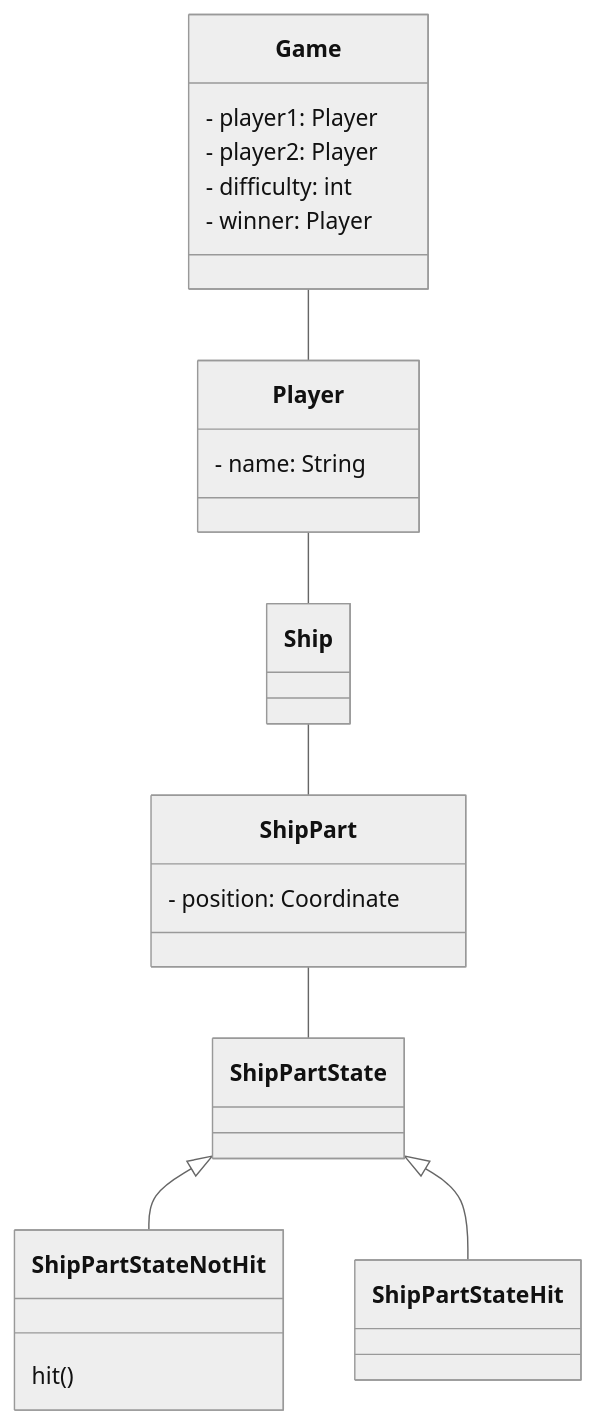
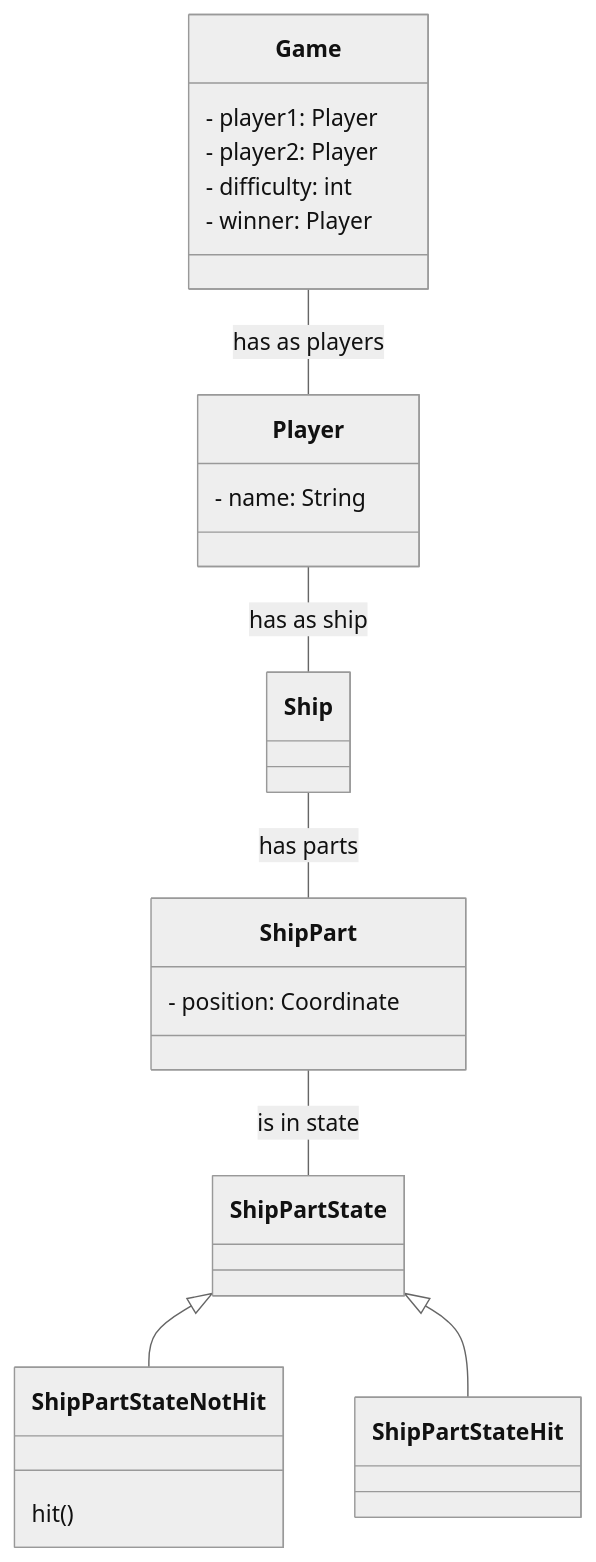
Before and after one commit to heckid18/SchiffeVersenken: the diagram in README.md, drawn with Mermaid (neutral theme).

Commit message:
added labels to relations in class diagram

````diff
--- a/README.md
+++ b/README.md
@@ -14,42 +14,42 @@
 ```mermaid
 classDiagram
 
     ShipPartState <|-- ShipPartStateNotHit
     ShipPartState <|-- ShipPartStateHit
-    Ship -- ShipPart
-    ShipPart -- ShipPartState
-    Player -- Ship
-    Game -- Player
+    Ship -- ShipPart: has parts
+    ShipPart -- ShipPartState: is in state
+    Player -- Ship: has as ship
+    Game -- Player: has as players
 
     class Ship{
         
     } 
 
     class ShipPart{
         - position: Coordinate
 
     }
 
     class Player{
         - name: String
     }
 
     class Game{
         - player1: Player
         - player2: Player
         - difficulty: int
         - winner: Player
     }
 
     class ShipPartState{
 
     }
 
     class ShipPartStateNotHit{
         hit()
     }
 
     class ShipPartStateHit{
 
     }
 ```
````
